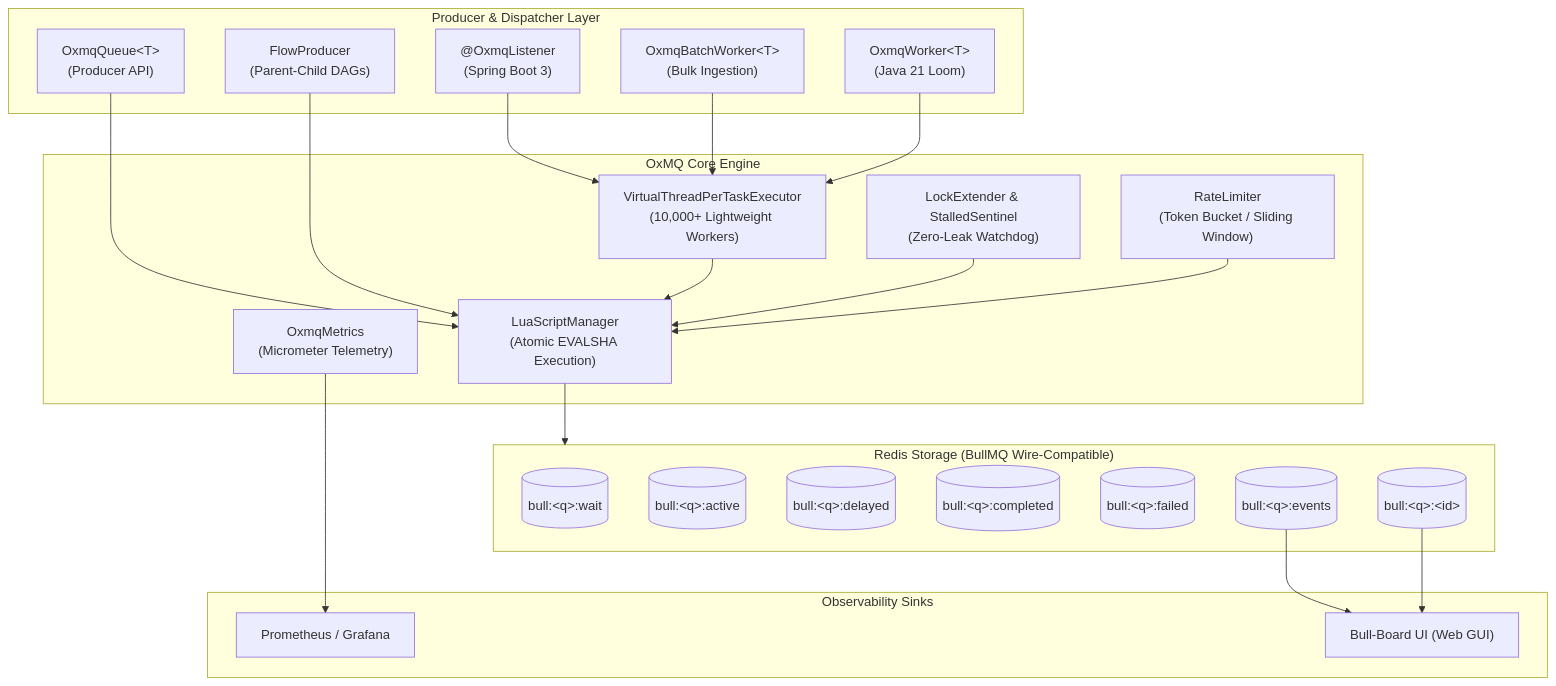
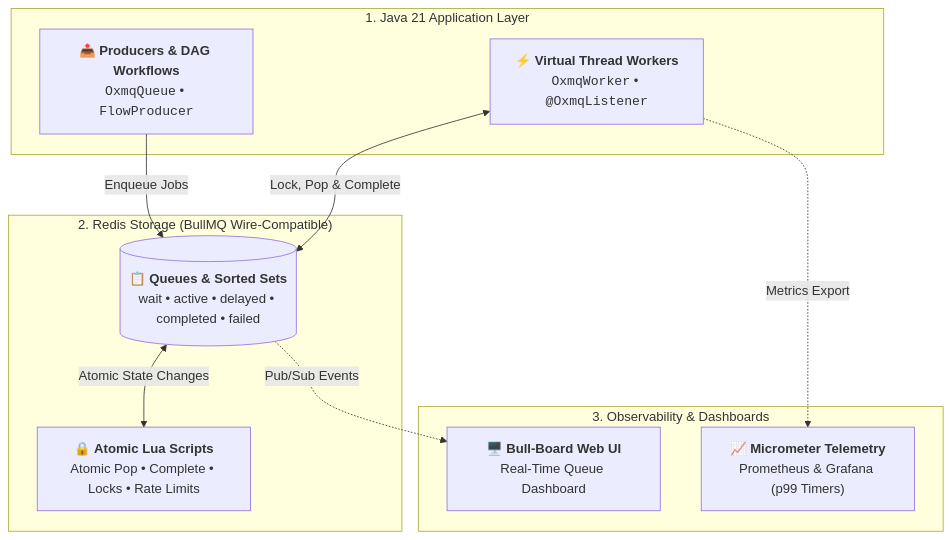
Before and after one commit to gaurav10610/oxmq: the second of 2 diagrams in README.md, drawn with Mermaid. The commit also changed other lines of this file, not shown here.

Commit message:
docs(readme): simplify job processing lifecycle and system architecture diagrams

````diff
--- a/README.md
+++ b/README.md
@@ -111,48 +79,23 @@
 ```mermaid
-graph TB
-    subgraph Clients["Producer &amp; Dispatcher Layer"]
-        Producer["OxmqQueue&lt;T&gt;<br/>(Producer API)"]
-        Flow["FlowProducer<br/>(Parent-Child DAGs)"]
-        SpringListener["@OxmqListener<br/>(Spring Boot 3)"]
-        BatchWorker["OxmqBatchWorker&lt;T&gt;<br/>(Bulk Ingestion)"]
-        LoomWorker["OxmqWorker&lt;T&gt;<br/>(Java 21 Loom)"]
+flowchart TD
+    subgraph App["1. Java 21 Application Layer"]
+        Producer["📤 <b>Producers &amp; DAG Workflows</b><br/><code>OxmqQueue</code> • <code>FlowProducer</code>"]
+        Worker["⚡ <b>Virtual Thread Workers</b><br/><code>OxmqWorker</code> • <code>@OxmqListener</code>"]
     end
 
-    subgraph Engine["OxMQ Core Engine"]
-        LoomPerTask["VirtualThreadPerTaskExecutor<br/>(10,000+ Lightweight Workers)"]
-        Watchdog["LockExtender &amp; StalledSentinel<br/>(Zero-Leak Watchdog)"]
-        RateLimiter["RateLimiter<br/>(Token Bucket / Sliding Window)"]
-        Metrics["OxmqMetrics<br/>(Micrometer Telemetry)"]
-        LuaEngine["LuaScriptManager<br/>(Atomic EVALSHA Execution)"]
+    subgraph Redis["2. Redis Storage (BullMQ Wire-Compatible)"]
+        Queues[("📋 <b>Queues &amp; Sorted Sets</b><br/>wait • active • delayed • completed • failed")]
+        Lua["🔒 <b>Atomic Lua Scripts</b><br/>Atomic Pop • Complete • Locks • Rate Limits"]
     end
 
-    subgraph Redis["Redis Storage (BullMQ Wire-Compatible)"]
-        WaitQueue[("bull:&lt;q&gt;:wait")]
-        ActiveQueue[("bull:&lt;q&gt;:active")]
-        DelayedZSet[("bull:&lt;q&gt;:delayed")]
-        CompletedZSet[("bull:&lt;q&gt;:completed")]
-        FailedZSet[("bull:&lt;q&gt;:failed")]
-        JobData[("bull:&lt;q&gt;:&lt;id&gt;")]
-        EventsPubSub[("bull:&lt;q&gt;:events")]
+    subgraph Monitoring["3. Observability &amp; Dashboards"]
+        BullBoard["🖥️ <b>Bull-Board Web UI</b><br/>Real-Time Queue Dashboard"]
+        Prometheus["📈 <b>Micrometer Telemetry</b><br/>Prometheus &amp; Grafana (p99 Timers)"]
     end
 
-    subgraph Monitoring["Observability Sinks"]
-        Prometheus["Prometheus / Grafana"]
-        BullBoard["Bull-Board UI (Web GUI)"]
-    end
-
-    Producer --> LuaEngine
-    Flow --> LuaEngine
-    SpringListener --> LoomPerTask
-    BatchWorker --> LoomPerTask
-    LoomWorker --> LoomPerTask
-
-    LoomPerTask --> LuaEngine
-    Watchdog --> LuaEngine
-    RateLimiter --> LuaEngine
-
-    LuaEngine --> Redis
-    Metrics --> Prometheus
-    EventsPubSub --> BullBoard
-    JobData --> BullBoard
+    Producer -->|Enqueue Jobs| Queues
+    Worker <-->|Lock, Pop &amp; Complete| Queues
+    Queues <-->|Atomic State Changes| Lua
+    Queues -.->|Pub/Sub Events| BullBoard
+    Worker -.->|Metrics Export| Prometheus
 ```
````
